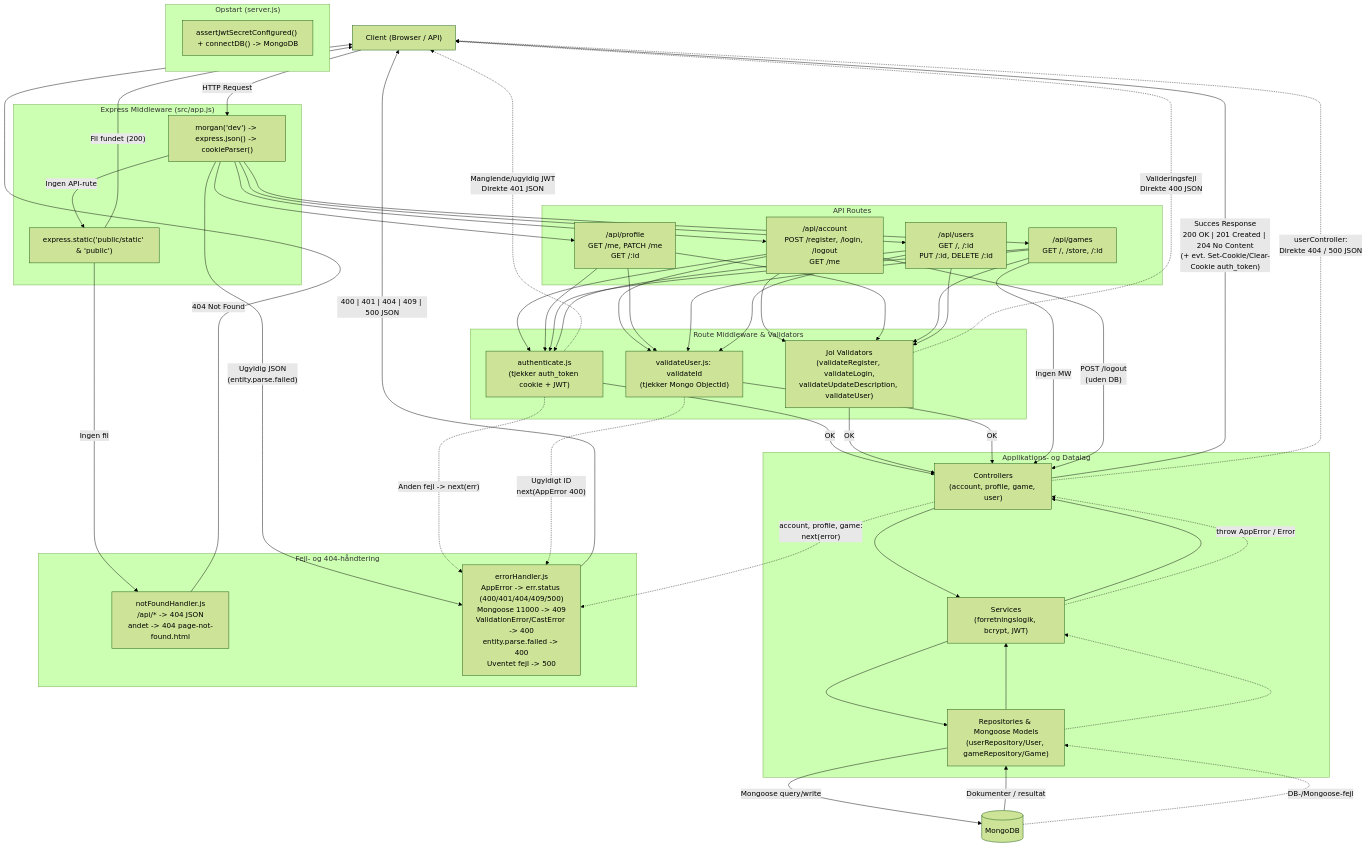
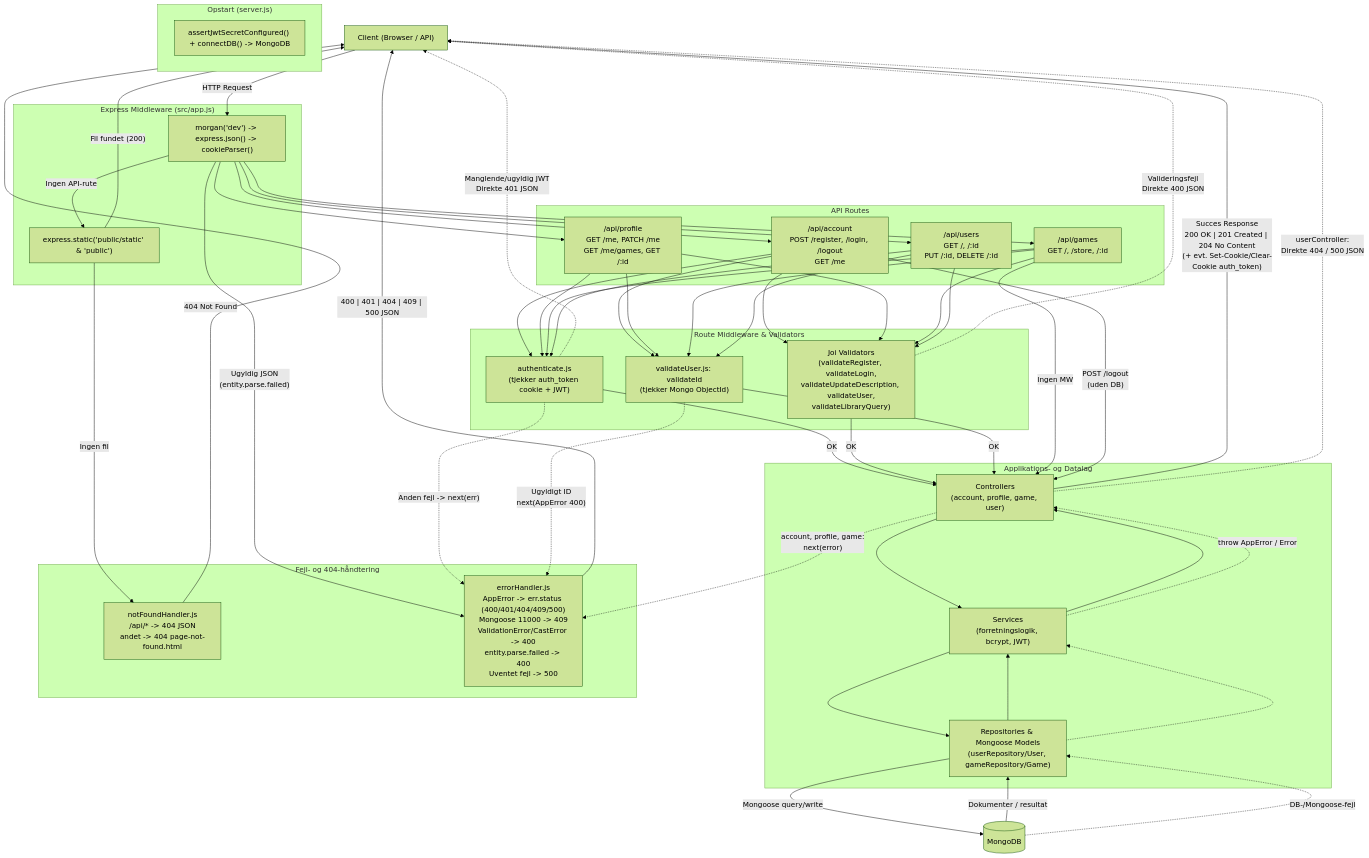
Before and after one commit to MatiasSoe/default-arse-spil-client: the diagram in README.md, drawn with Mermaid (forest theme). The commit also changed other lines of this file and 10 other files, not shown here.

````diff
--- a/README.md
+++ b/README.md
@@ -93,74 +96,74 @@
 ```mermaid
 flowchart TB
     Client["Client (Browser / API)"]
 
     subgraph Startup["Opstart (server.js)"]
         Start["assertJwtSecretConfigured() + connectDB() -> MongoDB"]
     end
 
     subgraph Express["Express Middleware (src/app.js)"]
         Global["morgan('dev') -> express.json() -> cookieParser()"]
         Static["express.static('public/static' & 'public')"]
     end
 
     subgraph Routing["API Routes"]
         R_Acc["/api/account<br/>POST /register, /login, /logout<br/>GET /me"]
-        R_Prof["/api/profile<br/>GET /me, PATCH /me<br/>GET /:id"]
+        R_Prof["/api/profile<br/>GET /me, PATCH /me<br/>GET /me/games, GET /:id"]
         R_Game["/api/games<br/>GET /, /store, /:id"]
         R_User["/api/users<br/>GET /, /:id<br/>PUT /:id, DELETE /:id"]
     end
 
     subgraph MW["Route Middleware & Validators"]
         Auth["authenticate.js<br/>(tjekker auth_token cookie + JWT)"]
-        Joi["Joi Validators<br/>(validateRegister, validateLogin,<br/>validateUpdateDescription, validateUser)"]
+        Joi["Joi Validators<br/>(validateRegister, validateLogin,<br/>validateUpdateDescription, validateUser,<br/>validateLibraryQuery)"]
         ValId["validateUser.js: validateId<br/>(tjekker Mongo ObjectId)"]
     end
 
     subgraph Layers["Applikations- og Datalag"]
         Ctrl["Controllers<br/>(account, profile, game, user)"]
         Svc["Services<br/>(forretningslogik, bcrypt, JWT)"]
         Repo["Repositories & Mongoose Models<br/>(userRepository/User, gameRepository/Game)"]
     end
 
     DB[("MongoDB")]
 
     subgraph Errors["Fejl- og 404-håndtering"]
         NotFound["notFoundHandler.js<br/>/api/* -> 404 JSON<br/>andet -> 404 page-not-found.html"]
         ErrHandler["errorHandler.js<br/>AppError -> err.status (400/401/404/409/500)<br/>Mongoose 11000 -> 409<br/>ValidationError/CastError -> 400<br/>entity.parse.failed -> 400<br/>Uventet fejl -> 500"]
     end
 
     Client -->|HTTP Request| Global
     Global -->|"Ugyldig JSON<br/>(entity.parse.failed)"| ErrHandler
     Global --> R_Acc & R_Prof & R_Game & R_User
     Global -->|"Ingen API-rute"| Static
     Static -->|"Fil fundet (200)"| Client
     Static -->|"Ingen fil"| NotFound
 
     R_Acc & R_Prof & R_Game & R_User --> Auth & Joi & ValId
     Auth & Joi & ValId -->|OK| Ctrl
     R_Game -->|"Ingen MW"| Ctrl
     R_Acc -->|"POST /logout<br/>(uden DB)"| Ctrl
 
     Auth -.->|"Manglende/ugyldig JWT<br/>Direkte 401 JSON"| Client
     Auth -.->|"Anden fejl -> next(err)"| ErrHandler
     Joi -.->|"Valideringsfejl<br/>Direkte 400 JSON"| Client
     ValId -.->|"Ugyldigt ID<br/>next(AppError 400)"| ErrHandler
 
     Ctrl --> Svc
     Svc --> Repo
     Repo -->|"Mongoose query/write"| DB
 
     DB -->|"Dokumenter / resultat"| Repo
     Repo --> Svc
     Svc --> Ctrl
     Ctrl -->|"Succes Response<br/>200 OK | 201 Created | 204 No Content<br/>(+ evt. Set-Cookie/Clear-Cookie auth_token)"| Client
 
     DB -.->|"DB-/Mongoose-fejl"| Repo
     Repo -.-> Svc
     Svc -.->|"throw AppError / Error"| Ctrl
     Ctrl -.->|"account, profile, game:<br/>next(error)"| ErrHandler
     Ctrl -.->|"userController:<br/>Direkte 404 / 500 JSON"| Client
 
     NotFound -->|"404 Not Found"| Client
     ErrHandler -->|"400 | 401 | 404 | 409 | 500 JSON"| Client
 ```
````
